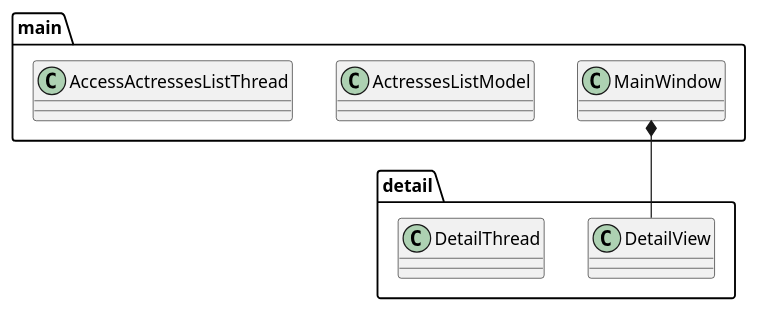
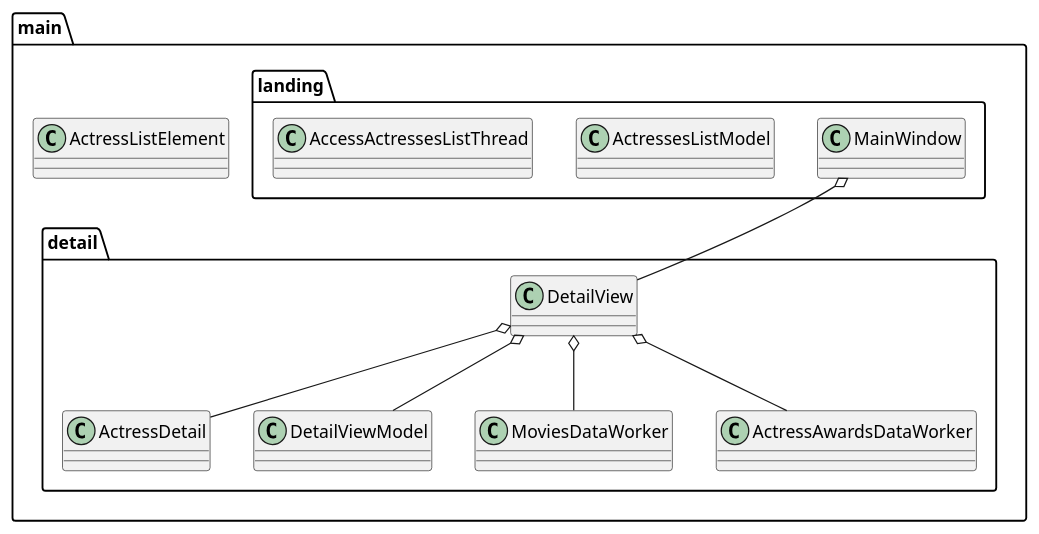
Before and after one commit to snakept/imdb_software_actors: the diagram in Document/img/class_diagram.wsd, drawn with PlantUML. The commit also changed 4 other files, not shown here.

Commit message:
- updated class diagram - removed unnecessary DetailViewModel

```diff
--- a/Document/img/class_diagram.wsd
+++ b/Document/img/class_diagram.wsd
@@ -1,14 +1,27 @@
 @startuml Class Diagram 
+
 package main {
-    class MainWindow
-    class ActressesListModel
-    class AccessActressesListThread
+
+    class ActressListElement
+
+    package landing {
+        class MainWindow
+        class ActressesListModel
+        class AccessActressesListThread
+    }
+
+    package detail {
+        class ActressDetail
+        class DetailView
+        class DetailViewModel
+        class MoviesDataWorker
+        class ActressAwardsDataWorker
+    }
 }
 
-package detail {
-    class DetailView
-    class DetailThread
-}
-
-MainWindow *-- DetailView
+MainWindow o-- DetailView
+DetailView o-- ActressDetail
+DetailView o-- ActressAwardsDataWorker
+DetailView o-- MoviesDataWorker
+DetailView o-- DetailViewModel
 @enduml
```
